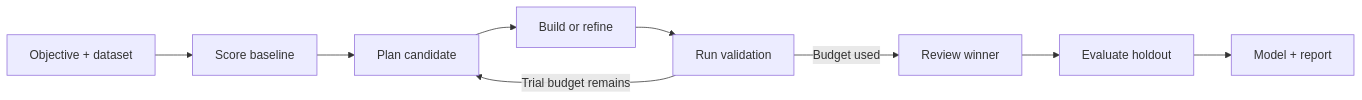
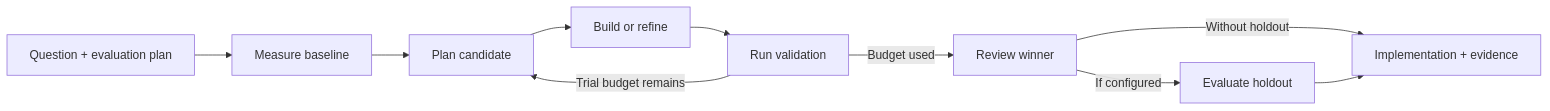
Before and after one commit to rexkwoncode/internagent-claude: the first of 2 diagrams in README.md, drawn with Mermaid. The commit also changed other lines of this file and 9 other files, not shown here.

````diff
--- a/README.md
+++ b/README.md
@@ -14,11 +14,12 @@
 ```mermaid
 flowchart LR
-    Task["Objective + dataset"] --> Baseline["Score baseline"]
+    Task["Question + evaluation plan"] --> Baseline["Measure baseline"]
     Baseline --> Plan["Plan candidate"]
     Plan --> Build["Build or refine"]
     Build --> Score["Run validation"]
     Score -->|Trial budget remains| Plan
     Score -->|Budget used| Review["Review winner"]
-    Review --> Holdout["Evaluate holdout"]
-    Holdout --> Report["Model + report"]
+    Review -->|If configured| Holdout["Evaluate holdout"]
+    Review -->|Without holdout| Report["Implementation + evidence"]
+    Holdout --> Report
 ```
````
